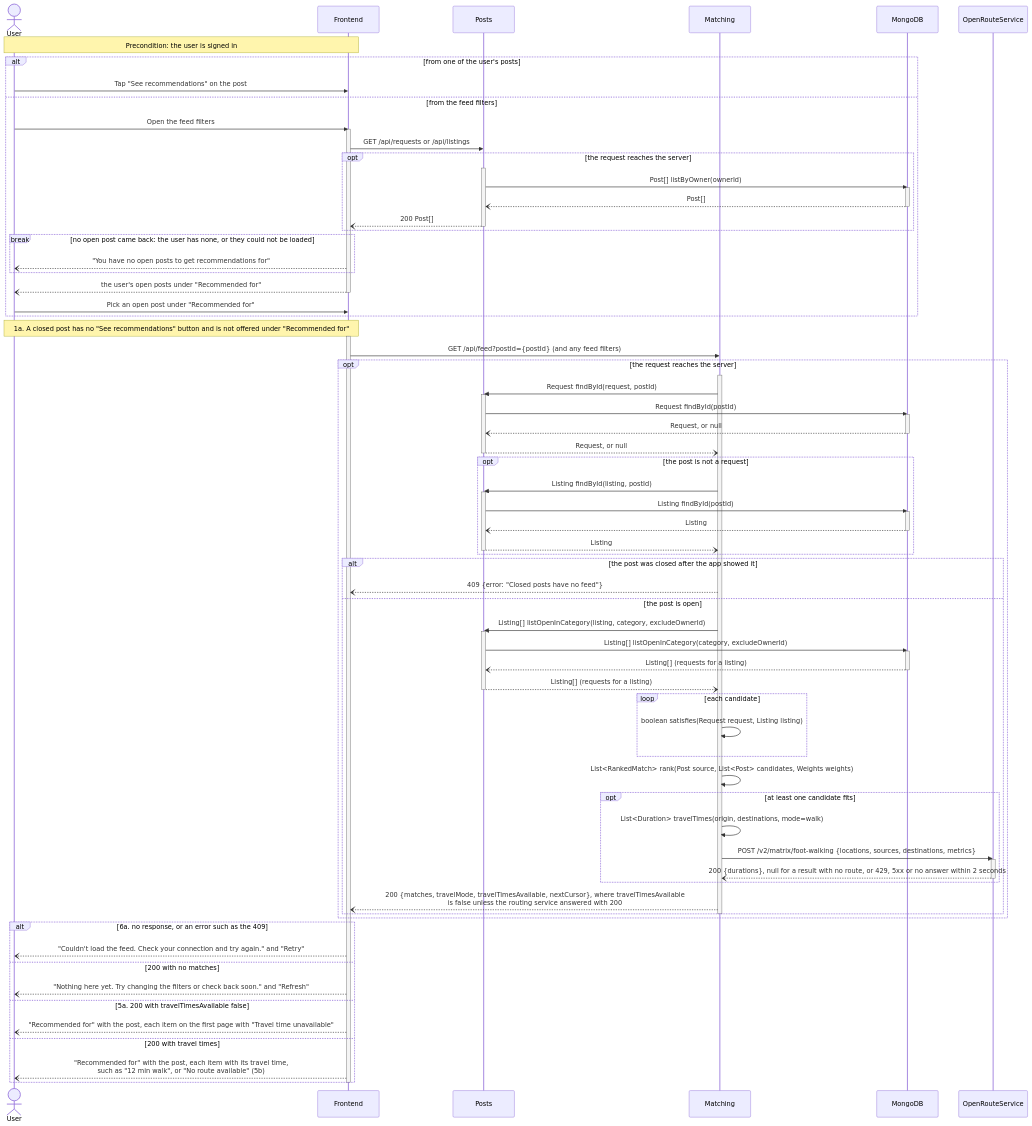
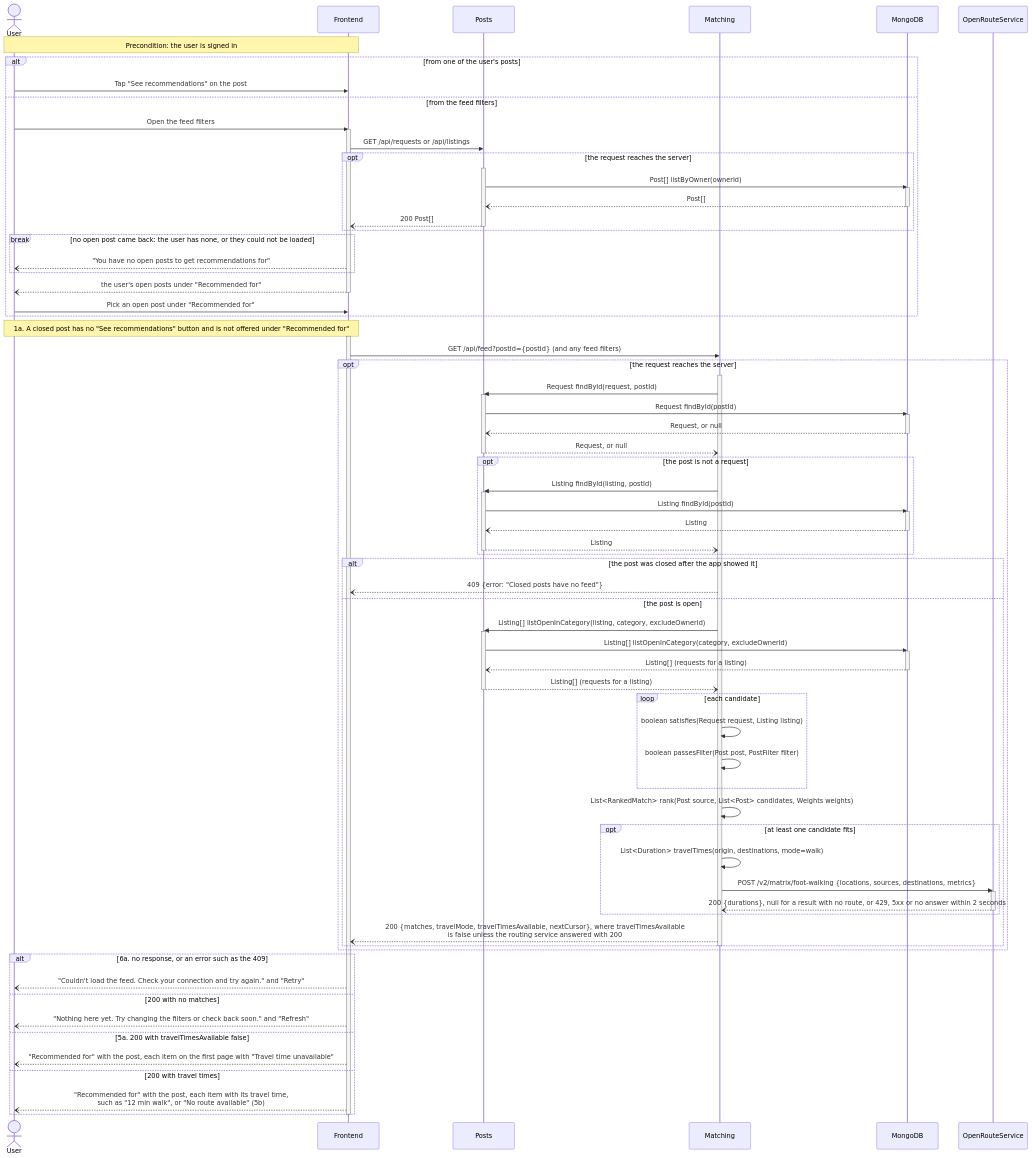
One commit to m1lun/MatchMarket changed the fourth of 6 diagrams in documentation/Requirements_and_Design.md. Above: the diagram before and after it, drawn with Mermaid. The commit also changed other lines of this file and 1 other file, not shown here.

Commit message:
docs: match the diagrams and code review to the backend services

```diff
--- a/documentation/Requirements_and_Design.md
+++ b/documentation/Requirements_and_Design.md
@@ -848,6 +849,7 @@
             deactivate P
             loop each candidate
                 M->>M: boolean satisfies(Request request, Listing listing)
+                M->>M: boolean passesFilter(Post post, PostFilter filter)
             end
             M->>M: List#lt;RankedMatch#gt; rank(Post source, List#lt;Post#gt; candidates, Weights weights)
             opt at least one candidate fits
```
